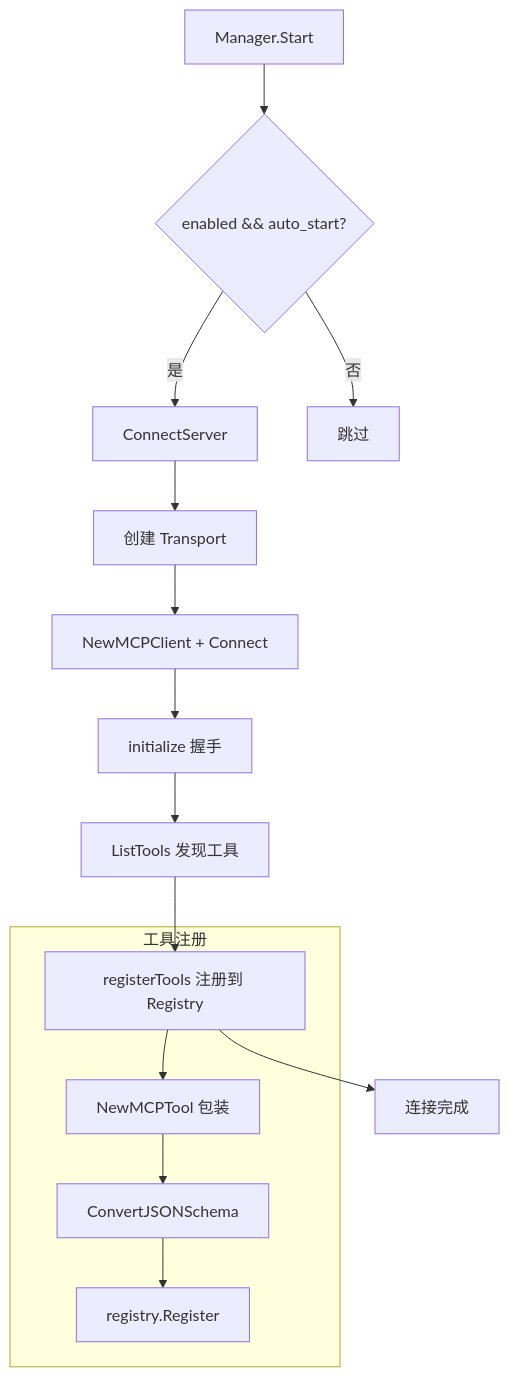
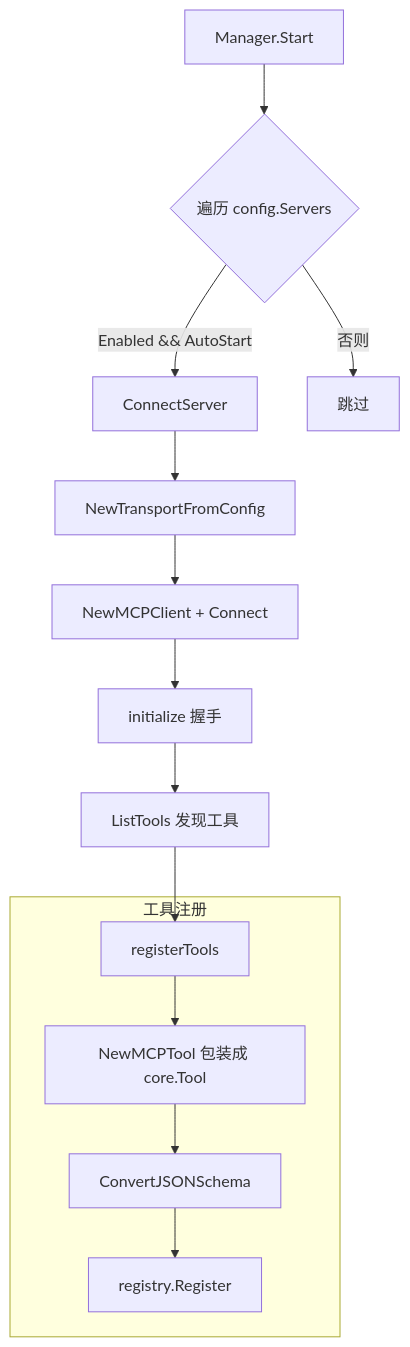
Before and after one commit to Timwood0x10/ARES: the third of 4 diagrams in docs/articles/zh/15-mcp-integration-deep-dive.md, drawn with Mermaid. The commit also changed other lines of this file and 2423 other files, not shown here.

````diff
--- a/docs/articles/zh/15-mcp-integration-deep-dive.md
+++ b/docs/articles/zh/15-mcp-integration-deep-dive.md
@@ -369,18 +333,16 @@
 ```mermaid
 graph TB
-    START[Manager.Start] --> CHECK{enabled && auto_start?}
-    CHECK -->|是| CONN[ConnectServer]
-    CHECK -->|否| SKIP[跳过]
-    CONN --> TRANSPORT[创建 Transport]
+    START[Manager.Start] --> LOOP{遍历 config.Servers}
+    LOOP -->|Enabled && AutoStart| CONN[ConnectServer]
+    LOOP -->|否则| SKIP[跳过]
+    CONN --> TRANSPORT[NewTransportFromConfig]
     TRANSPORT --> CLIENT[NewMCPClient + Connect]
     CLIENT --> HANDSHAKE[initialize 握手]
     HANDSHAKE --> LISTTOOLS[ListTools 发现工具]
-    LISTTOOLS --> REGISTER[registerTools 注册到 Registry]
-    REGISTER --> DONE[连接完成]
-    
+    LISTTOOLS --> REGISTER[registerTools]
     subgraph "工具注册"
-        REGISTER --> WRAP[NewMCPTool 包装]
+        REGISTER --> WRAP[NewMCPTool 包装成 core.Tool]
         WRAP --> SCHEMA[ConvertJSONSchema]
         SCHEMA --> REG[registry.Register]
     end
 ```
````
